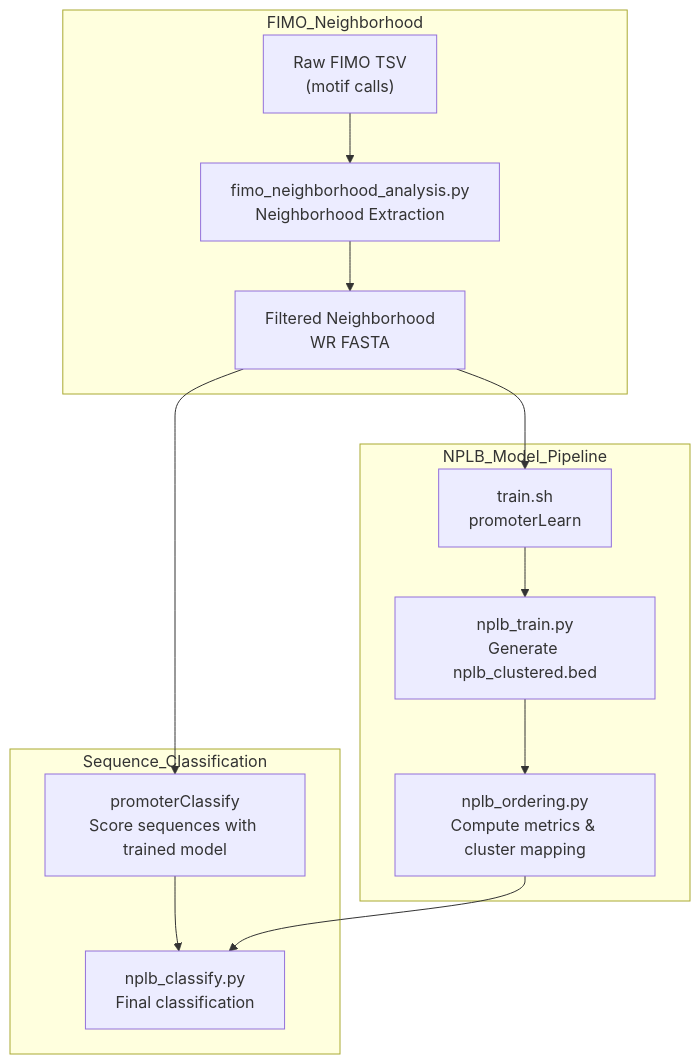
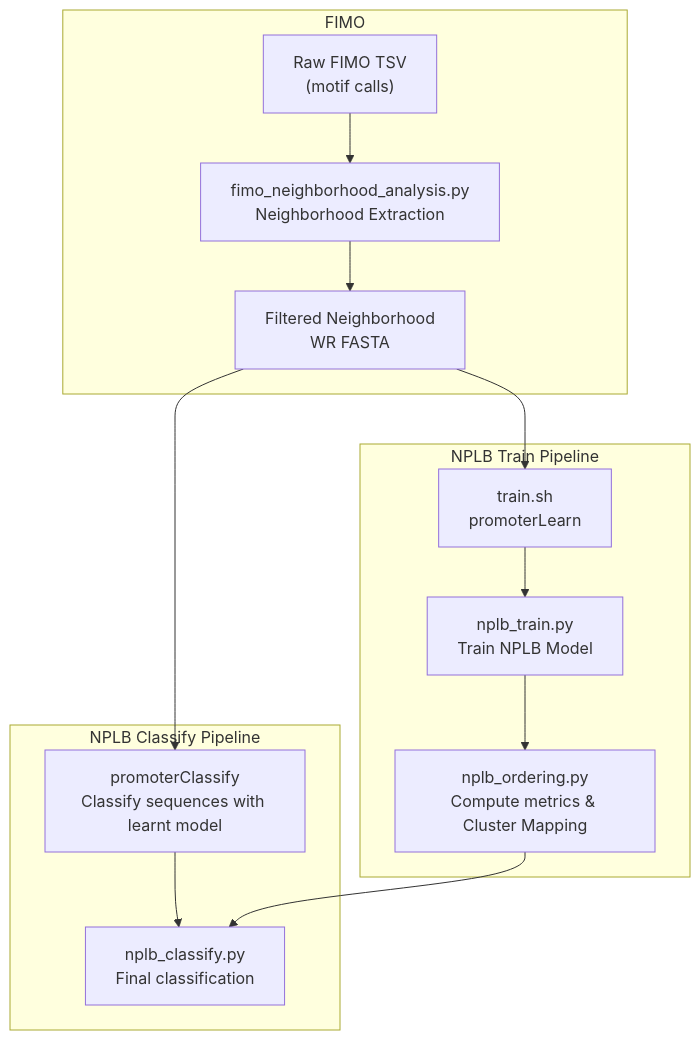
One commit to samarthherur/ctcf_sequence changed the diagram in README.md. Above: the diagram before and after it, drawn with Mermaid. The commit also changed other lines of this file, not shown here.

````diff
--- a/README.md
+++ b/README.md
@@ -305,27 +1,27 @@
 ```mermaid
 flowchart TD
-  subgraph FIMO_Neighborhood
+  subgraph FIMO
     A["Raw FIMO TSV
 (motif calls)"] --> B["fimo_neighborhood_analysis.py
 Neighborhood Extraction"]
     B --> C["Filtered Neighborhood
 WR FASTA"]
   end
 
-  subgraph NPLB_Model_Pipeline
+  subgraph NPLB Train Pipeline
     C --> D["train.sh
 promoterLearn"]
     D --> E["nplb_train.py
-Generate nplb_clustered.bed"]
+Train NPLB Model"]
     E --> F["nplb_ordering.py
-Compute metrics & cluster mapping"]
+Compute metrics & Cluster Mapping"]
   end
 
-  subgraph Sequence_Classification
+  subgraph NPLB Classify Pipeline
     C --> H["promoterClassify
-Score sequences with trained model"]
+Classify sequences with learnt model"]
     H --> G["nplb_classify.py
 Final classification"]
     F --> G
   end
 ```
````
